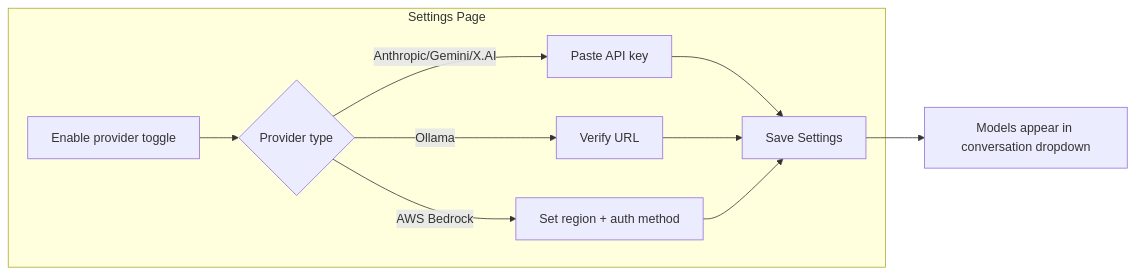
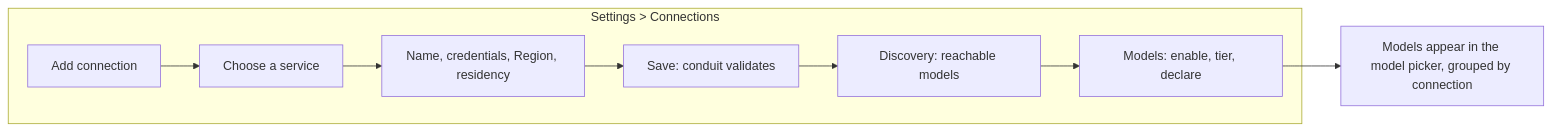
Before and after one commit to Cognisn/spark: the second of 2 diagrams in docs/getting-started.md, drawn with Mermaid. The commit also changed other lines of this file and 21 other files, not shown here.

````diff
--- a/docs/getting-started.md
+++ b/docs/getting-started.md
@@ -232,13 +215,11 @@
 ```mermaid
 flowchart LR
-    subgraph Settings Page
-        A[Enable provider toggle] --> B{Provider type}
-        B -- Anthropic/Gemini/X.AI --> C[Paste API key]
-        B -- Ollama --> D[Verify URL]
-        B -- AWS Bedrock --> E[Set region + auth method]
-        C --> F[Save Settings]
-        D --> F
-        E --> F
+    subgraph "Settings > Connections"
+        A[Add connection] --> B[Choose a service]
+        B --> C[Name, credentials, Region, residency]
+        C --> D[Save: conduit validates]
+        D --> E[Discovery: reachable models]
+        E --> F[Models: enable, tier, declare]
     end
-    F --> G[Models appear in conversation dropdown]
+    F --> G[Models appear in the model picker, grouped by connection]
 ```
````
